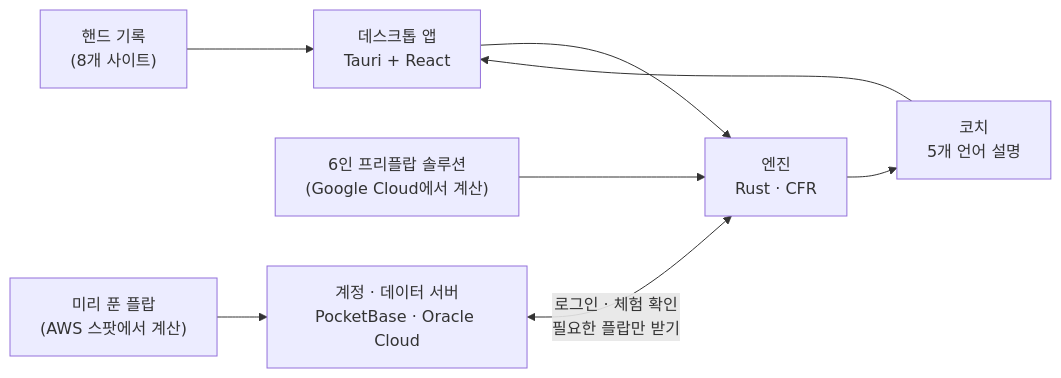
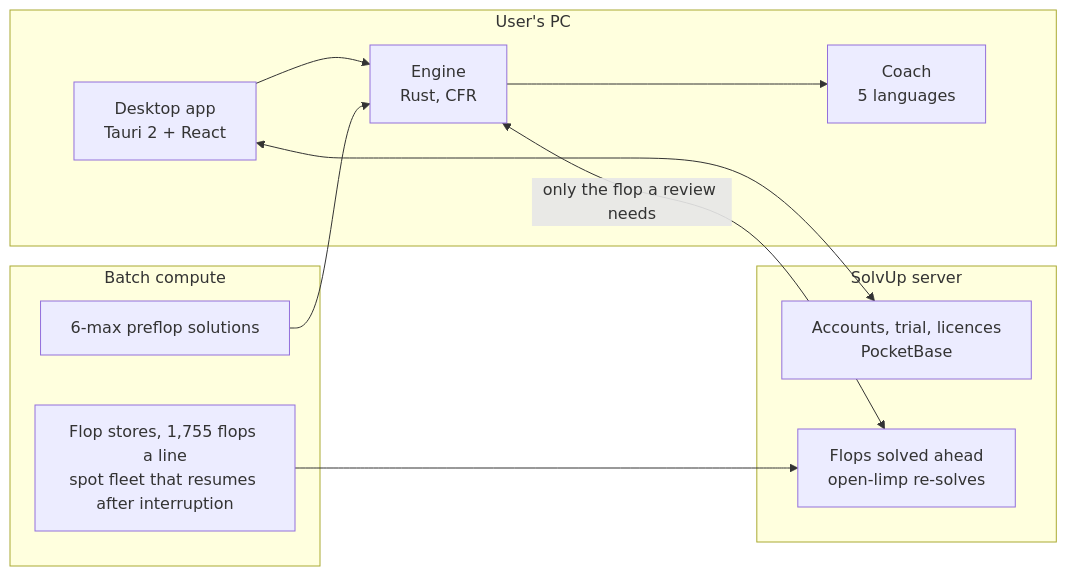
The second of 2 diagrams in README.md (hippoverflow/SolvUp), drawn with Mermaid before and after one commit. The commit also changed other lines of this file and 8 other files, not shown here.

First line of the commit message:
README: English first, and about the engine rather than the app's screens

````diff
--- a/README.md
+++ b/README.md
@@ -63,10 +133,19 @@
 ```mermaid
 flowchart LR
-    HH["핸드 기록<br/>(8개 사이트)"] --> APP["데스크톱 앱<br/>Tauri + React"]
-    APP --> ENG["엔진<br/>Rust · CFR"]
-    PRE["6인 프리플랍 솔루션<br/>(Google Cloud에서 계산)"] --> ENG
-    STORE["미리 푼 플랍<br/>(AWS 스팟에서 계산)"] --> SRV["계정 · 데이터 서버<br/>PocketBase · Oracle Cloud"]
-    SRV <-->|"로그인 · 체험 확인<br/>필요한 플랍만 받기"| ENG
-    ENG --> COACH["코치<br/>5개 언어 설명"]
-    COACH --> APP
+    subgraph PC["User's PC"]
+        APP["Desktop app<br/>Tauri 2 + React"] --> ENG["Engine<br/>Rust, CFR"]
+        ENG --> COACH["Coach<br/>5 languages"]
+    end
+    subgraph SRV["SolvUp server"]
+        ACC["Accounts, trial, licences<br/>PocketBase"]
+        STORE["Flops solved ahead<br/>open-limp re-solves"]
+    end
+    subgraph CLOUD["Batch compute"]
+        PRE["6-max preflop solutions"]
+        FLOPS["Flop stores, 1,755 flops a line<br/>spot fleet that resumes after interruption"]
+    end
+    APP <--> ACC
+    ENG <-->|"only the flop a review needs"| STORE
+    FLOPS --> STORE
+    PRE --> ENG
 ```
````
